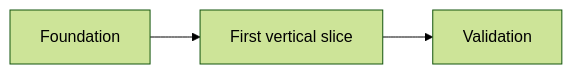
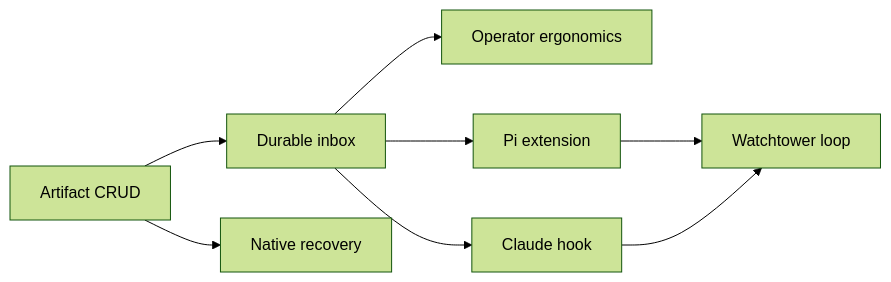
Before and after one commit to odjhey/zxro: the diagram in docs/v0.x/execution/implementation-plan.md, drawn with Mermaid (forest theme). The commit also changed other lines of this file and 14 other files, not shown here.

````diff
--- a/docs/v0.x/execution/implementation-plan.md
+++ b/docs/v0.x/execution/implementation-plan.md
@@ -25,5 +47,10 @@
 ```mermaid
 flowchart LR
-    A[Foundation] --> B[First vertical slice]
-    B --> C[Validation]
+    A[Artifact CRUD] --> B[Durable inbox]
+    B --> C[Operator ergonomics]
+    A --> D[Native recovery]
+    B --> E[Pi extension]
+    B --> F[Claude hook]
+    E --> G[Watchtower loop]
+    F --> G
 ```
````
